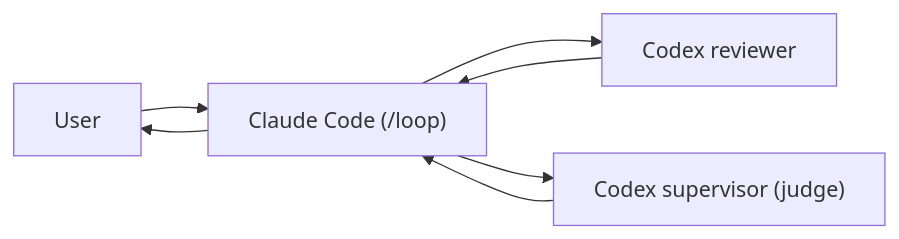
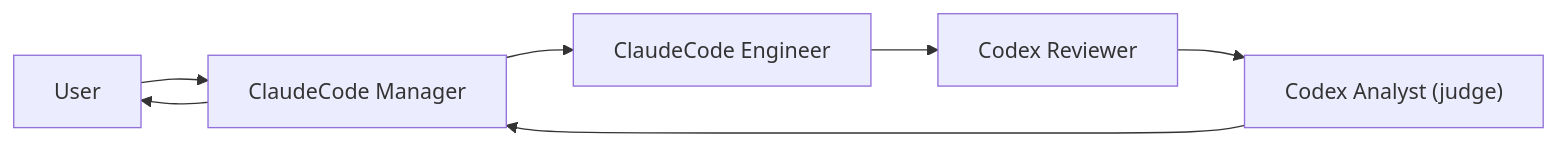
The diagram in .claude/review-loop/RUNBOOK.md (nakatadesign/Clabotch), drawn with Mermaid before and after one commit. The commit also changed other lines of this file and 16 other files, not shown here.

````diff
--- a/.claude/review-loop/RUNBOOK.md
+++ b/.claude/review-loop/RUNBOOK.md
@@ -12,9 +14,9 @@
 ```mermaid
 flowchart LR
-  U["User"] --> C["Claude Code (/loop)"]
-  C --> R["Codex reviewer"]
-  C --> J["Codex supervisor (judge)"]
-  R --> C
-  J --> C
-  C --> U
+  U["User"] --> M["ClaudeCode Manager"]
+  M --> E["ClaudeCode Engineer"]
+  E --> R["Codex Reviewer"]
+  R --> A["Codex Analyst (judge)"]
+  A --> M
+  M --> U
 ```
````
